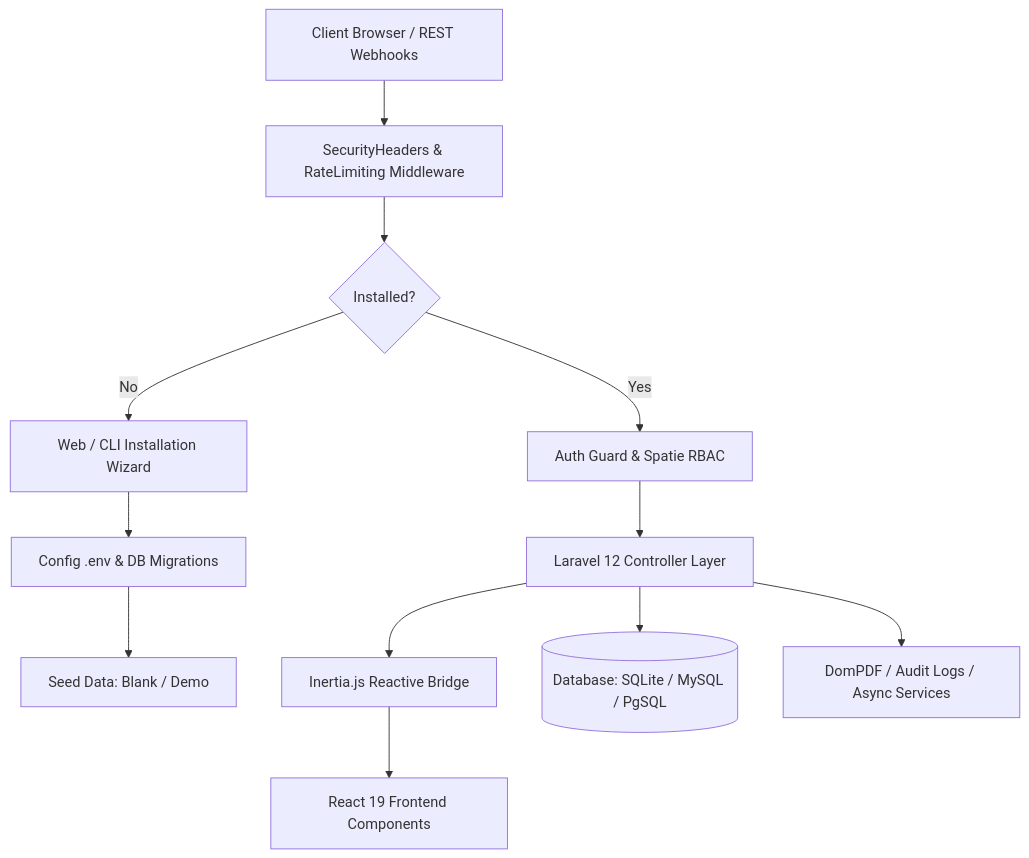
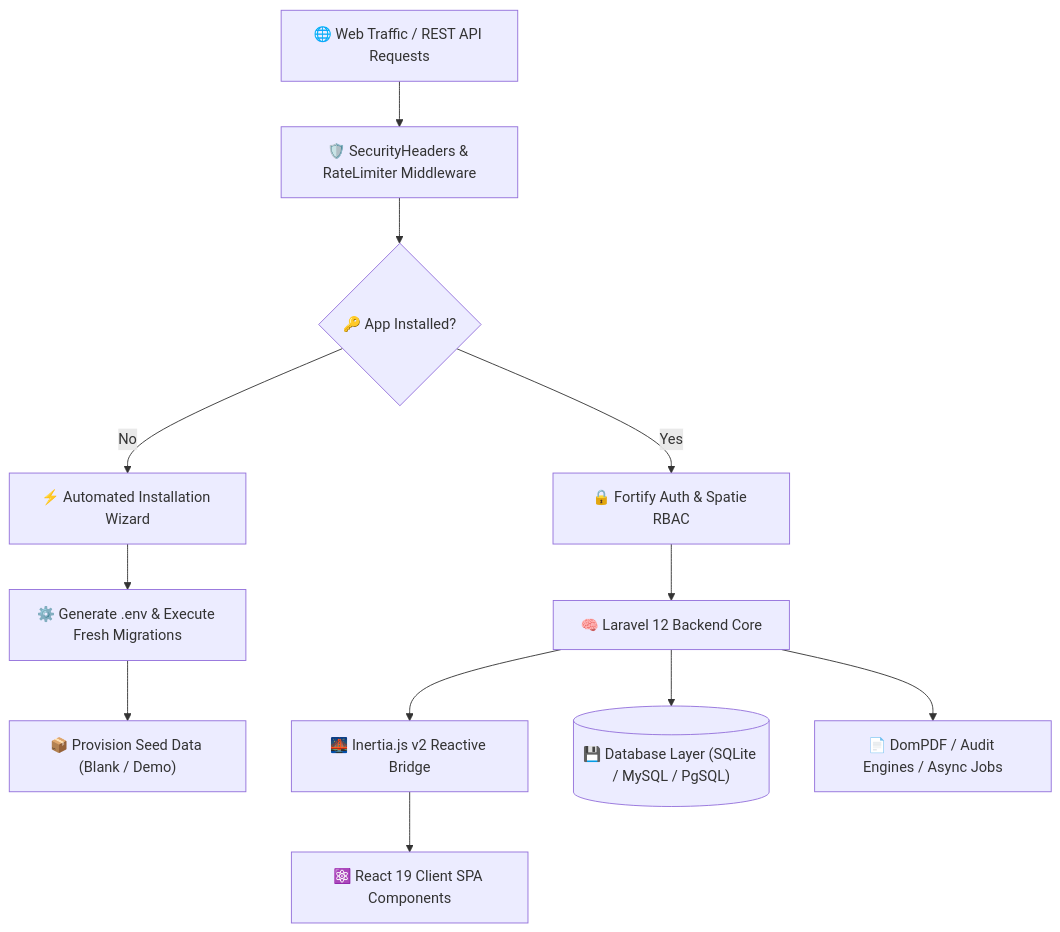
Before and after one commit to thespacecode/SpaceReach: the diagram in README.md, drawn with Mermaid. The commit also changed other lines of this file, not shown here.

Commit message:
Redesign README.md with ultra-premium aesthetic layout, badge shields, dark Mermaid architecture flowchart, and security matrix

````diff
--- a/README.md
+++ b/README.md
@@ -39,14 +49,14 @@
 ```mermaid
 graph TD
-    A[Client Browser / REST Webhooks] --> B[SecurityHeaders & RateLimiting Middleware]
-    B --> C{Installed?}
-    C -- No --> D[Web / CLI Installation Wizard]
-    D --> E[Config .env & DB Migrations]
-    E --> F[Seed Data: Blank / Demo]
-    C -- Yes --> G[Auth Guard & Spatie RBAC]
-    G --> H[Laravel 12 Controller Layer]
-    H --> I[Inertia.js Reactive Bridge]
-    I --> J[React 19 Frontend Components]
-    H --> K[(Database: SQLite / MySQL / PgSQL)]
-    H --> L[DomPDF / Audit Logs / Async Services]
+    A["🌐 Web Traffic / REST API Requests"] --> B["🛡️ SecurityHeaders & RateLimiter Middleware"]
+    B --> C{"🔑 App Installed?"}
+    C -- No --> D["⚡ Automated Installation Wizard"]
+    D --> E["⚙️ Generate .env & Execute Fresh Migrations"]
+    E --> F["📦 Provision Seed Data (Blank / Demo)"]
+    C -- Yes --> G["🔒 Fortify Auth & Spatie RBAC"]
+    G --> H["🧠 Laravel 12 Backend Core"]
+    H --> I["🌉 Inertia.js v2 Reactive Bridge"]
+    I --> J["⚛️ React 19 Client SPA Components"]
+    H --> K[("💾 Database Layer (SQLite / MySQL / PgSQL)")]
+    H --> L["📄 DomPDF / Audit Engines / Async Jobs"]
 ```
````
